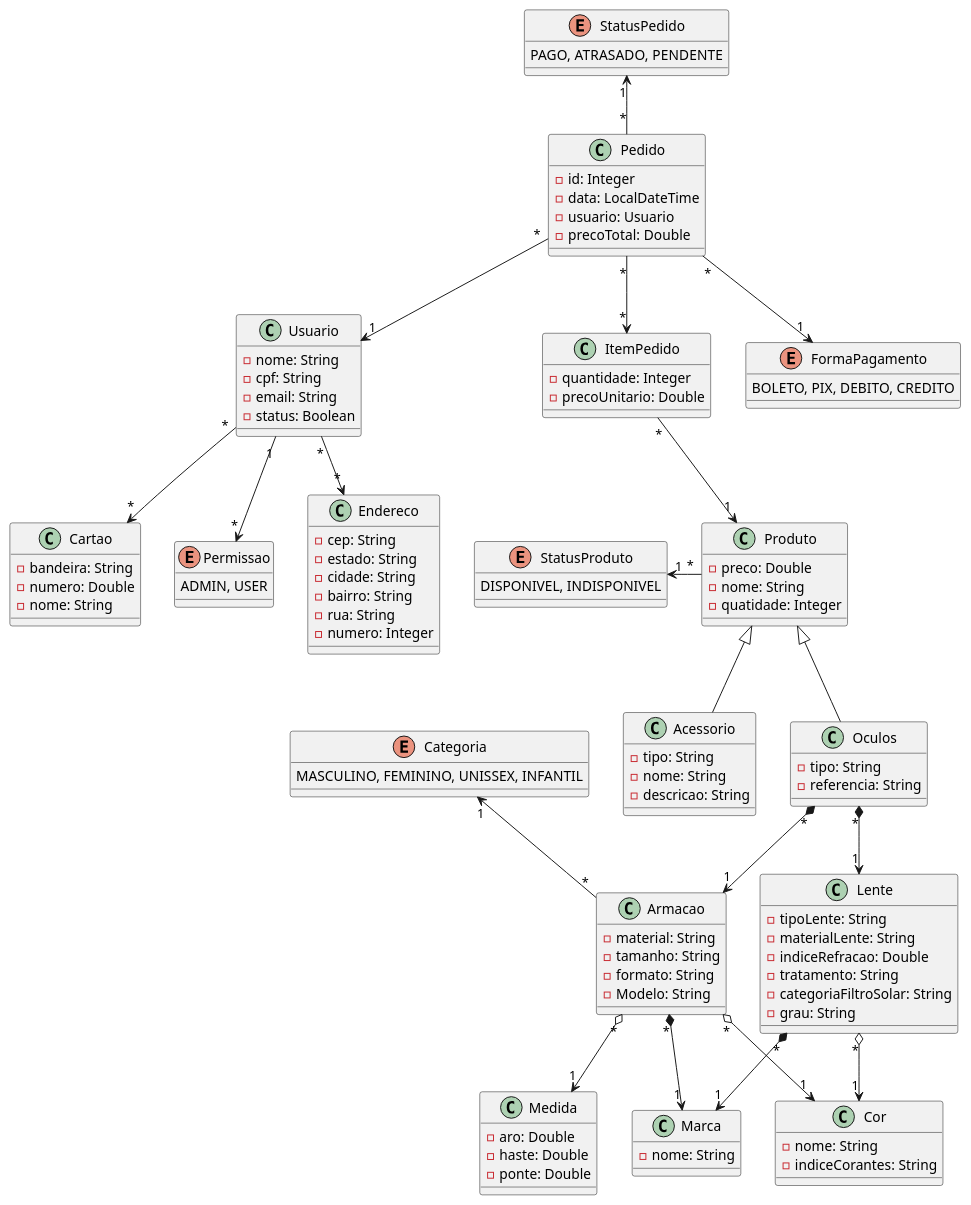
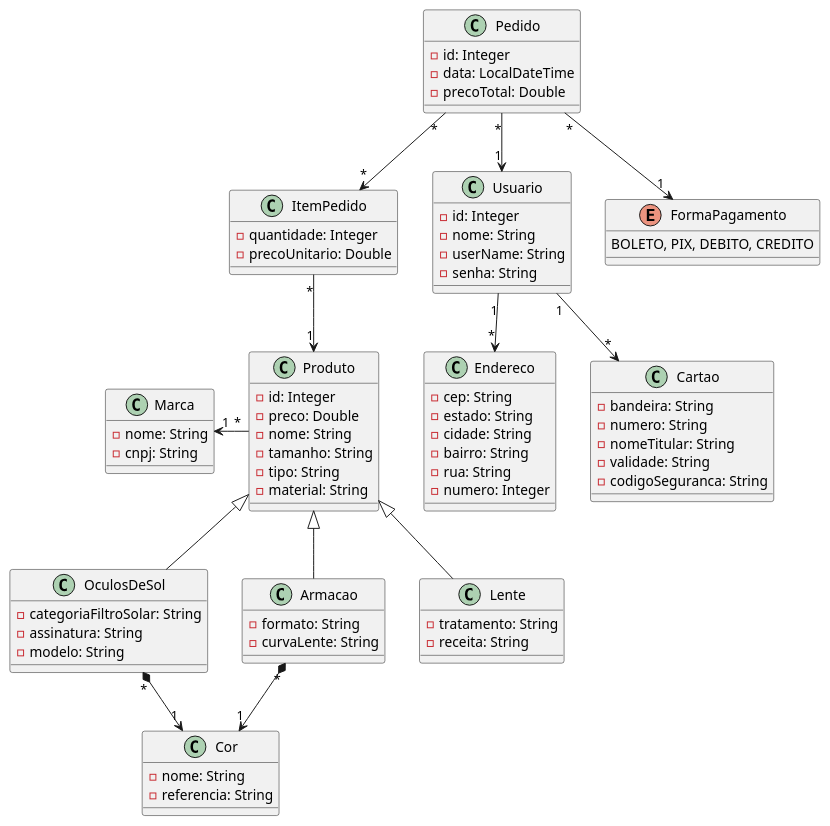
The diagram in uml/otica.puml (ja1vctr/TP1-otica-quarkus), drawn with PlantUML before and after one commit. The commit also changed 16 other files, not shown here.

Commit message:
altera a uml e remodela estrutura de Cor

```diff
--- a/uml/otica.puml
+++ b/uml/otica.puml
@@ -1,126 +1,89 @@
 @startuml
-'https://plantuml.com/class-diagram
-
 class Produto {
+    - id: Integer
     - preco: Double
     - nome: String
-    - quatidade: Integer
+    - tamanho: String
+    - tipo: String
+    - material: String
 }
 
-class Oculos extends Produto {
-    - tipo: String
-    - referencia: String
+class OculosDeSol extends Produto {
+    - categoriaFiltroSolar: String
+    - assinatura: String
+    - modelo: String
 }
 
-class Acessorio extends Produto {
-    - tipo: String
-    - nome: String
-    - descricao: String
+class Armacao extends Produto {
+    - formato: String
+    - curvaLente: String
 }
 
-class Armacao {
-    - material: String
-    - tamanho: String
-    - formato: String
-    - Modelo: String
-}
-
-class Medida {
-    - aro: Double
-    - haste: Double
-    - ponte: Double
-}
-
-class Lente {
-    - tipoLente: String
-    - materialLente: String
-    - indiceRefracao: Double
+class Lente extends Produto{
     - tratamento: String
-    - categoriaFiltroSolar: String
-    - grau: String
-}
-
-enum StatusProduto {
-    DISPONIVEL, INDISPONIVEL
-}
-
-class Cor {
-    - nome: String
-    - indiceCorantes: String
-}
-
-enum Categoria {
-    MASCULINO, FEMININO, UNISSEX, INFANTIL
-}
-
-class Usuario {
-    - nome: String
-    - cpf: String
-    - email: String
-    - status: Boolean
-}
-
-class Cartao{
-    - bandeira: String
-    - numero: Double
-    - nome: String
-}
-
-Enum Permissao {
-    ADMIN, USER
+    - receita: String
 }
 
 class Pedido {
     - id: Integer
     - data: LocalDateTime
-    - usuario: Usuario
     - precoTotal: Double
-}
-
-enum StatusPedido {
-    PAGO, ATRASADO, PENDENTE
-}
-
-enum FormaPagamento {
-    BOLETO, PIX, DEBITO, CREDITO
 }
 
 class ItemPedido {
     - quantidade: Integer
     - precoUnitario: Double
 }
 
-class Marca {
+class Usuario {
+    - id: Integer
     - nome: String
+    - userName: String
+    - senha: String
 }
 
 class Endereco {
     - cep: String
     - estado: String
     - cidade: String
     - bairro: String
     - rua: String
     - numero: Integer
 }
 
-Pedido     "*" -->   "1" Usuario
-Pedido     "*" -->   "*" ItemPedido
-Pedido     "*" -->   "1" FormaPagamento
-Pedido     "*" -up-> "1" StatusPedido
-ItemPedido "*" -->   "1" Produto
-Produto    "*" -left->   "1" StatusProduto
+enum FormaPagamento {
+    BOLETO, PIX, DEBITO, CREDITO
+}
 
-Armacao    "*" -up->   "1" Categoria
-Armacao    "*" *-->  "1" Marca
-Armacao    "*" o-->  "1" Cor
-Armacao    "*" o-->  "1" Medida
-Lente      "*" *-->  "1" Marca
-Lente      "*" o-->  "1" Cor
-Oculos     "*" *-->  "1" Armacao
-Oculos     "*" *-->  "1" Lente
+class Cartao {
+    - bandeira: String
+    - numero: String
+    - nomeTitular: String
+    - validade: String
+    - codigoSeguranca: String
+}
 
-Usuario    "1" -->   "*" Permissao
-Usuario    "*" -->   "*" Endereco
-Usuario    "*" -->   "*" Cartao
+class Cor {
+    - nome: String
+    - referencia: String
+}
+
+Class Marca { 
+    - nome: String
+    - cnpj: String
+}
+
+Armacao    "*" *--> "1" Cor
+OculosDeSol    "*" *--> "1" Cor
+Produto    "*" -left-> "1"  Marca
+
+Pedido     "*" --> "1"  Usuario
+Pedido     "*" --> "*"  ItemPedido
+Pedido     "*" --> "1"  FormaPagamento
+
+
+ItemPedido "*" --> "1"  Produto
+Usuario    "1" --> "*"  Endereco
+Usuario    "1" --> "*"  Cartao
 
 @enduml
```
